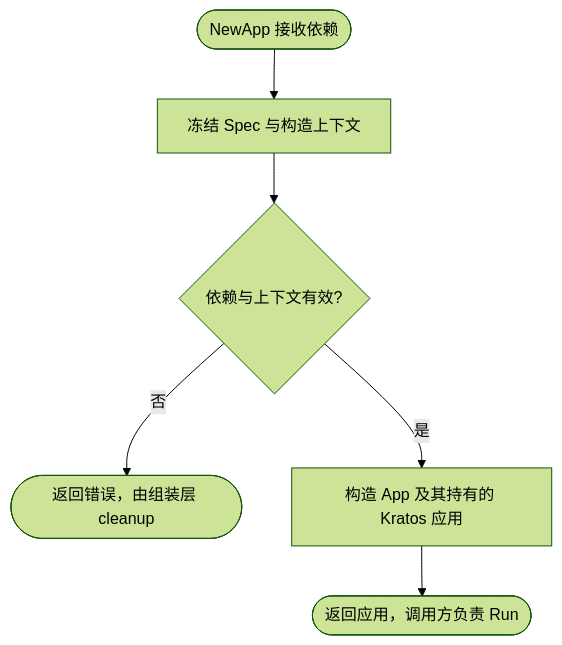
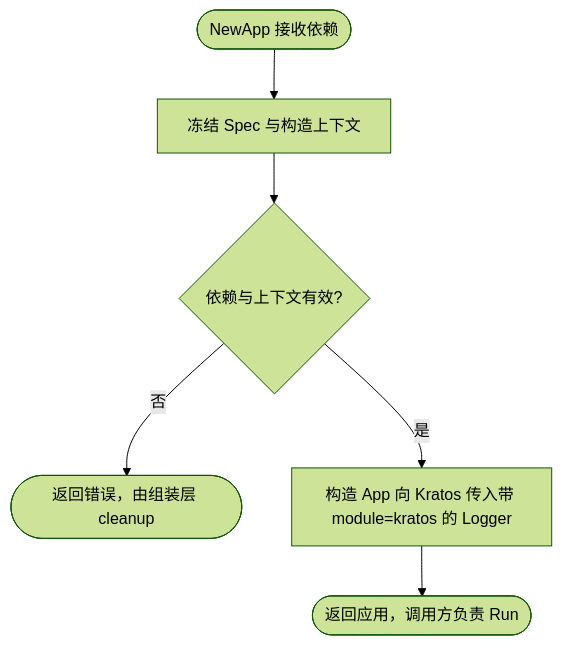
Before and after one commit to jaggerzhuang1994/kratos-foundation: the first of 8 diagrams in pkg/app/README.md, drawn with Mermaid (forest theme). The commit also changed other lines of this file and 96 other files, not shown here.

````diff
--- a/pkg/app/README.md
+++ b/pkg/app/README.md
@@ -21,8 +21,8 @@
 ```mermaid
 flowchart TD
     A([NewApp 接收依赖]) --> B[冻结 Spec 与构造上下文]
     B --> C{依赖与上下文有效?}
     C -- 否 --> D([返回错误，由组装层 cleanup])
-    C -- 是 --> E[构造 App 及其持有的 Kratos 应用]
+    C -- 是 --> E[构造 App 向 Kratos 传入带 module=kratos 的 Logger]
     E --> F([返回应用，调用方负责 Run])
 ```
````
